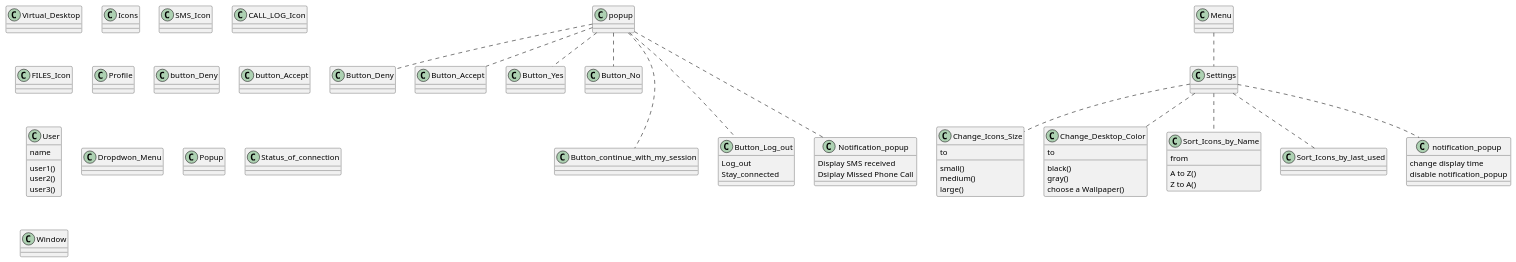
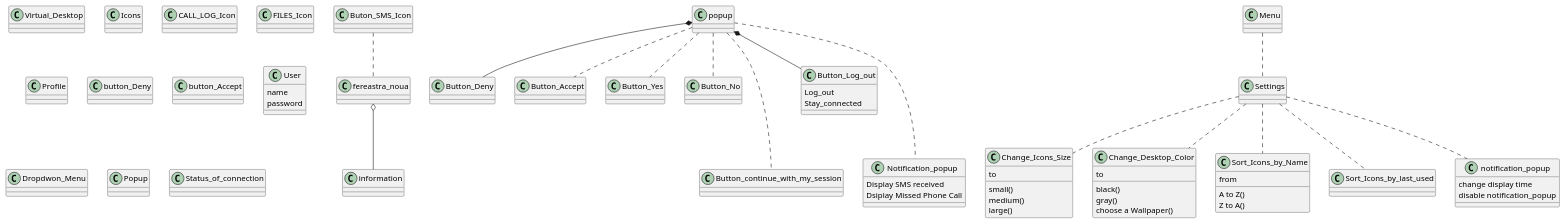
One commit to ofrasia/Remote_Phone_App_1 changed the diagram in Class Diagram.puml. Above: the diagram before and after it, drawn with PlantUML. The commit also changed 3 other files, not shown here.

```diff
--- a/Class Diagram.puml
+++ b/Class Diagram.puml
@@ -1,87 +1,88 @@
 @startuml
 class Virtual_Desktop {
 }
 class Icons {
 }
-class SMS_Icon {
+class Buton_SMS_Icon {
 }
 class CALL_LOG_Icon {
 }
 class FILES_Icon {
 }
 class Profile {
 }
 class button_Deny {
 }
 class button_Accept
-popup .. Button_Deny
+popup *-- Button_Deny
 popup .. Button_Accept
 popup .. Button_Yes
 popup .. Button_No
 popup -.- Button_continue_with_my_session
-popup -.- Button_Log_out
+popup *-- Button_Log_out
 popup -.- Notification_popup
 
 class Button_Log_out {
 Log_out
 Stay_connected
 }
 
 class Change_Icons_Size {
 to
 small()
 medium()
 large()
 }
 
 class Change_Desktop_Color {
 to
 black()
 gray()
 choose a Wallpaper()
 }
 
 class Sort_Icons_by_Name {
 from
 A to Z()
 Z to A()
 }
 
 Menu .. Settings
 Settings .. Change_Icons_Size
 Settings .. Change_Desktop_Color
 Settings .. Sort_Icons_by_Name
 Settings .. Sort_Icons_by_last_used
 Settings .. notification_popup
 
 class notification_popup {
 change display time
 disable notification_popup
 }
 
 class User {
 name
-user1()
-user2()
-user3()
+password
 }
 class Dropdwon_Menu {
 }
 class Popup {
 }
 class Settings {
 }
 class Status_of_connection {
 }
-class Window {
+class fereastra_noua {
 }
 class Button_Yes {
 }
 class Button_No {
 }
 class Notification_popup {
 Display SMS received
 Dsiplay Missed Phone Call
 }
+class information
+fereastra_noua o-- information
+Buton_SMS_Icon.. fereastra_noua
 
 @enduml
```
